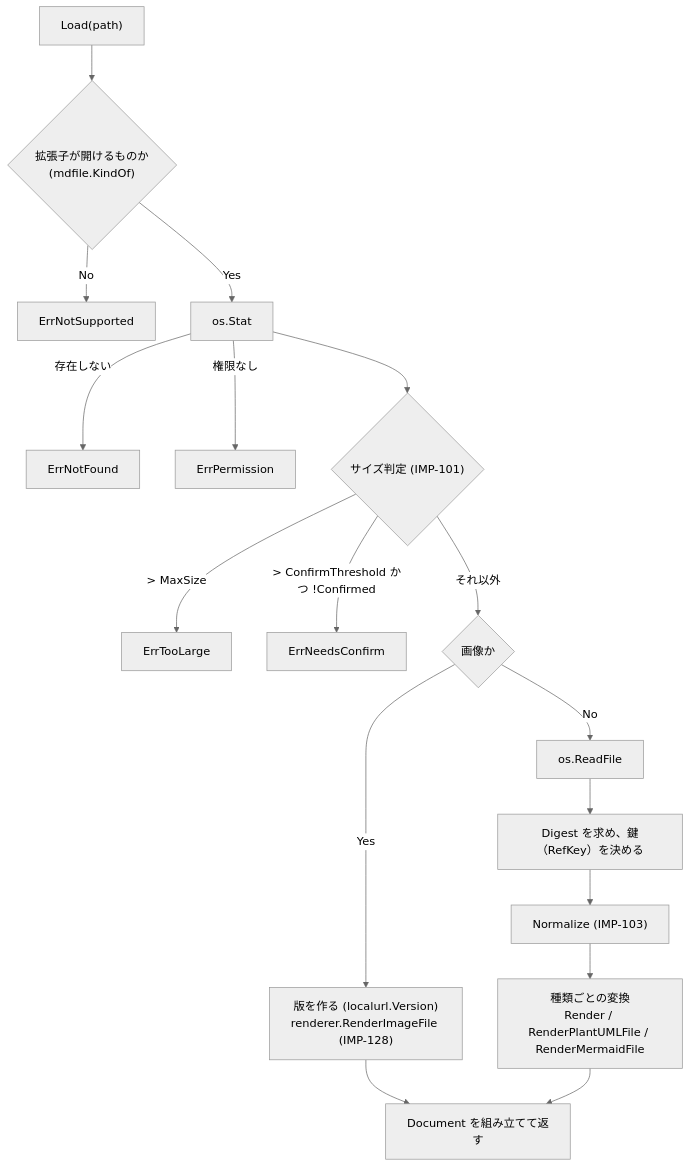
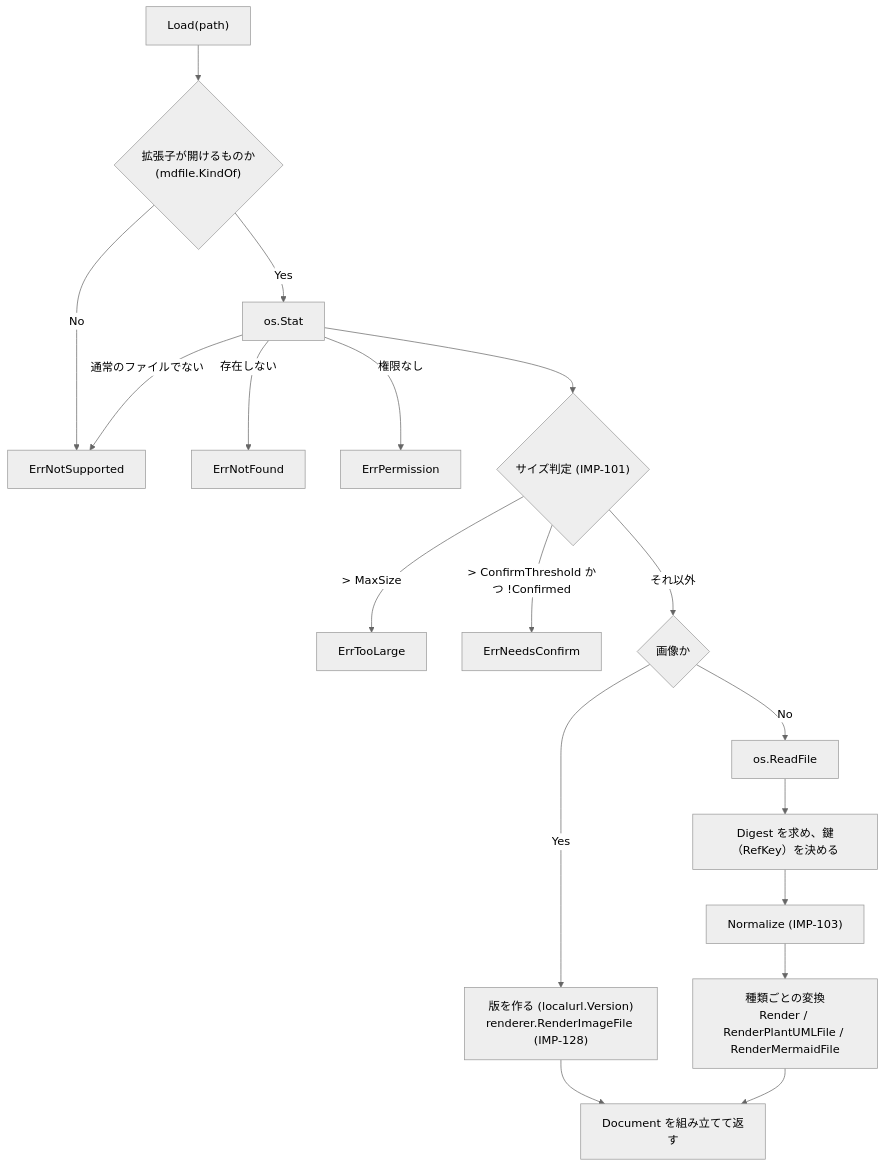
One commit to kznagamori/go_MarkView changed the diagram in docs/specs/11-impl-backend.md. Above: the diagram before and after it, drawn with Mermaid (neutral theme). The commit also changed other lines of this file and 11 other files, not shown here.

````diff
--- a/docs/specs/11-impl-backend.md
+++ b/docs/specs/11-impl-backend.md
@@ -169,19 +170,20 @@
 ```mermaid
 flowchart TD
     A["Load(path)"] --> B{"拡張子が開けるものか<br/>(mdfile.KindOf)"}
     B -->|No| E1["ErrNotSupported"]
     B -->|Yes| C["os.Stat"]
     C -->|存在しない| E2["ErrNotFound"]
     C -->|権限なし| E3["ErrPermission"]
+    C -->|通常のファイルでない| E1
     C --> D{"サイズ判定 (IMP-101)"}
     D -->|"> MaxSize"| E4["ErrTooLarge"]
     D -->|"> ConfirmThreshold かつ !Confirmed"| E5["ErrNeedsConfirm"]
     D -->|それ以外| J{"画像か"}
     J -->|Yes| L["版を作る (localurl.Version)<br/>renderer.RenderImageFile (IMP-128)"]
     L --> I
     J -->|No| F["os.ReadFile"]
     F --> K["Digest を求め、鍵（RefKey）を決める"]
     K --> G["Normalize (IMP-103)"]
     G --> H["種類ごとの変換<br/>Render / RenderPlantUMLFile / RenderMermaidFile"]
     H --> I["Document を組み立てて返す"]
 ```
````
